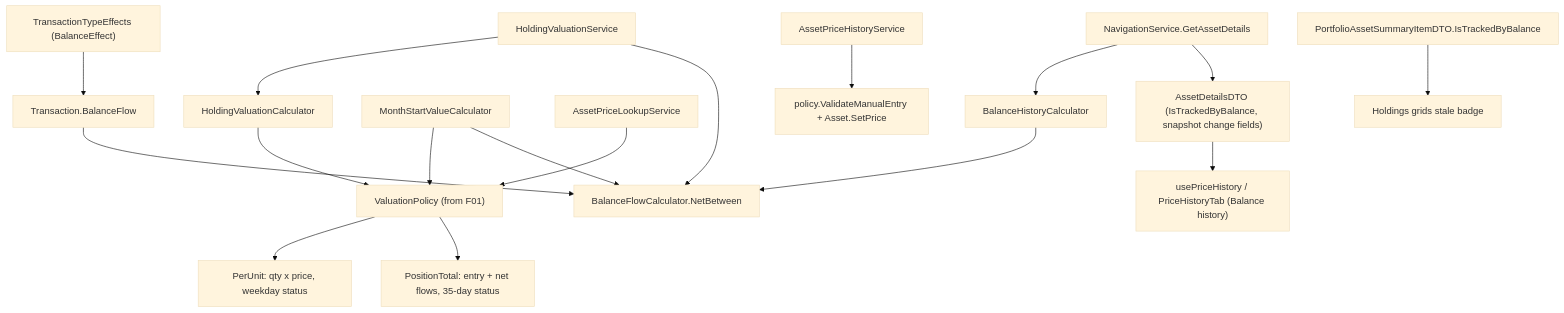
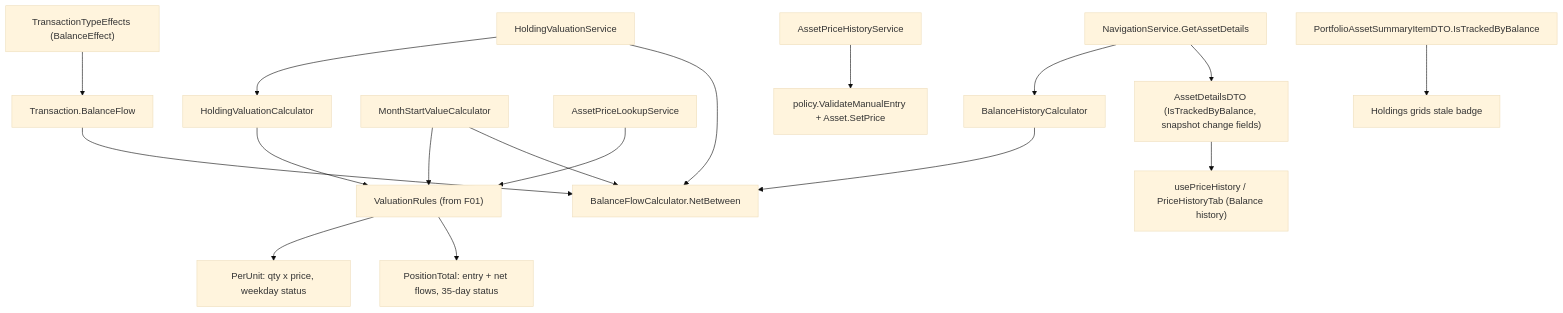
Before and after one commit to ggibellato/Financial: the diagram in docs/prd/P69-prd-investments-without-quantity/features/P69-F03-balance-entries/spec.md, drawn with Mermaid (base theme). The commit also changed other lines of this file and 3 other files, not shown here.

First line of the commit message:
docs: rename P69 ValuationPolicy to ValuationRules

````diff
--- a/docs/prd/P69-prd-investments-without-quantity/features/P69-F03-balance-entries/spec.md
+++ b/docs/prd/P69-prd-investments-without-quantity/features/P69-F03-balance-entries/spec.md
@@ -43,19 +43,19 @@
 ```mermaid
 graph TD
     A["TransactionTypeEffects (BalanceEffect)"] --> B["Transaction.BalanceFlow"]
     B --> C["BalanceFlowCalculator.NetBetween"]
     D["HoldingValuationService"] --> E["HoldingValuationCalculator"]
-    F["MonthStartValueCalculator"] --> G["ValuationPolicy (from F01)"]
+    F["MonthStartValueCalculator"] --> G["ValuationRules (from F01)"]
     E --> G
     D --> C
     F --> C
     G --> H["PerUnit: qty x price, weekday status"]
     G --> I["PositionTotal: entry + net flows, 35-day status"]
     J["AssetPriceLookupService"] --> G
     K["AssetPriceHistoryService"] --> L["policy.ValidateManualEntry + Asset.SetPrice"]
     M["NavigationService.GetAssetDetails"] --> N["BalanceHistoryCalculator"]
     N --> C
     M --> O["AssetDetailsDTO (IsTrackedByBalance, snapshot change fields)"]
     O --> P["usePriceHistory / PriceHistoryTab (Balance history)"]
     Q["PortfolioAssetSummaryItemDTO.IsTrackedByBalance"] --> R["Holdings grids stale badge"]
 ```
````
